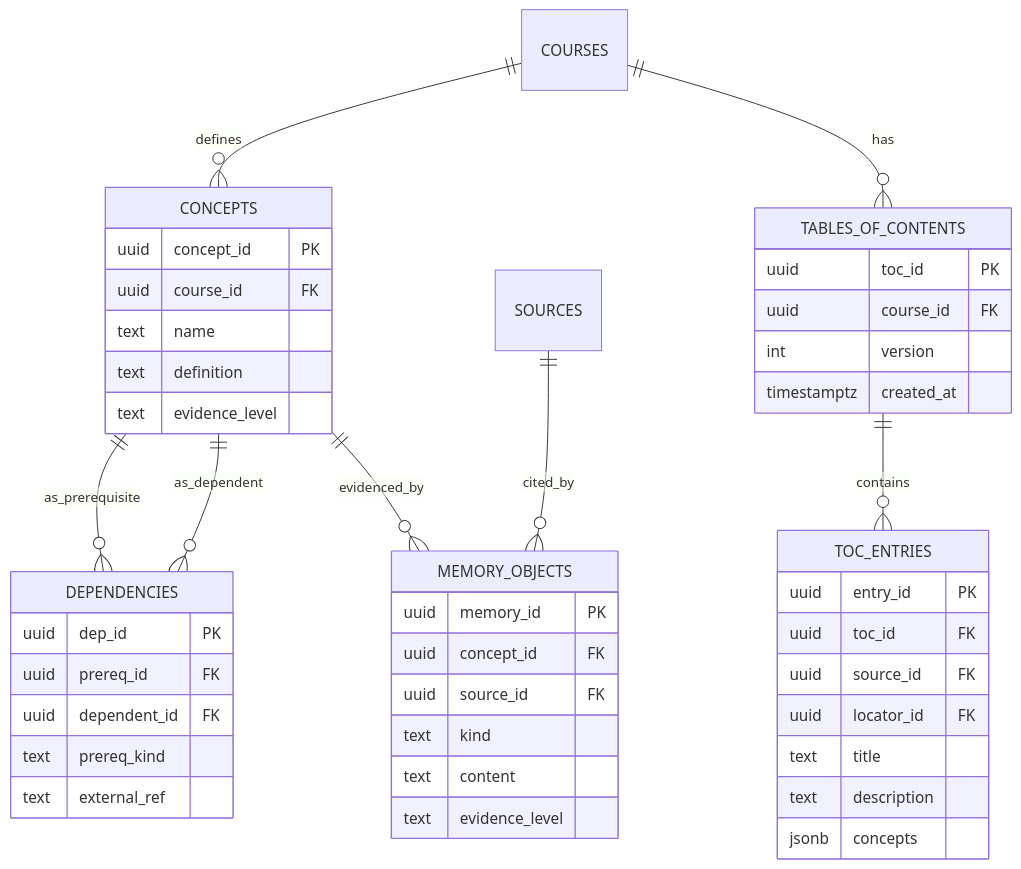
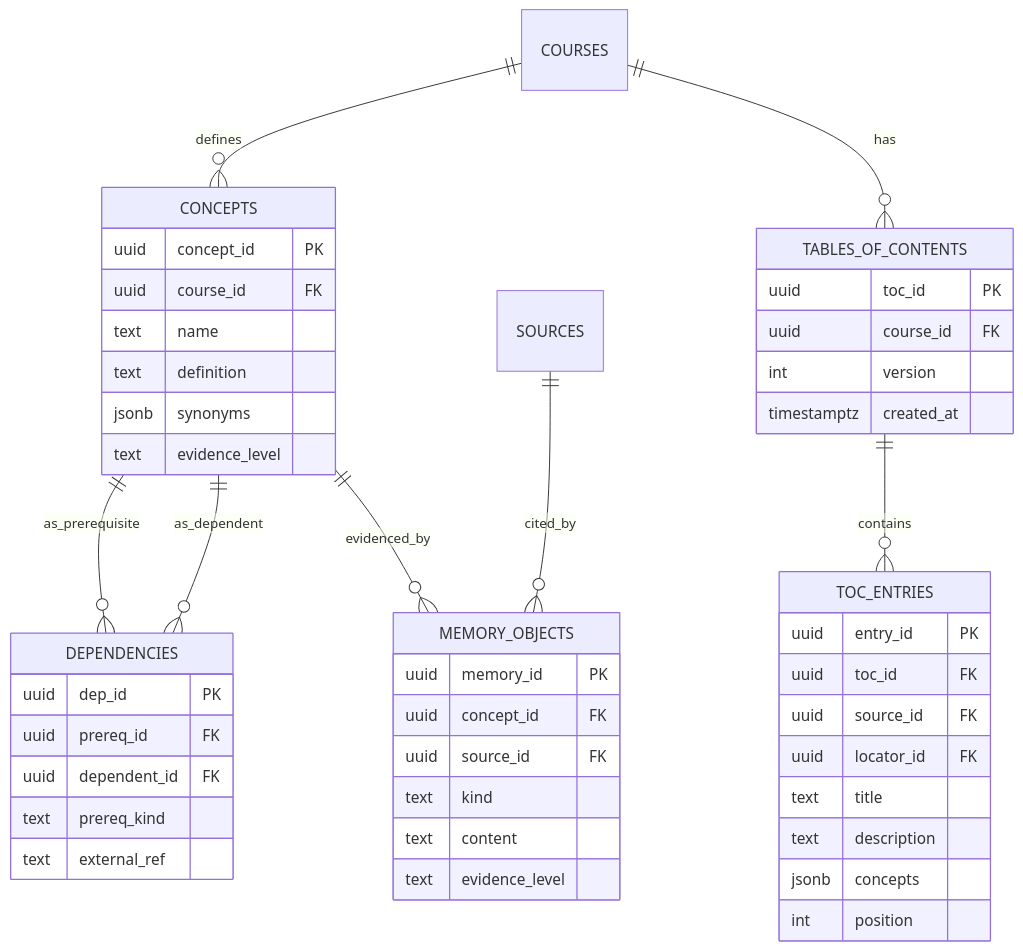
One commit to RileyK05/Stacks changed the tenth of 19 diagrams in system.md. Above: the diagram before and after it, drawn with Mermaid. The commit also changed other lines of this file and 15 other files, not shown here.

````diff
--- a/system.md
+++ b/system.md
@@ -308,48 +323,50 @@
 ```mermaid
 erDiagram
     COURSES ||--o{ CONCEPTS : defines
     CONCEPTS ||--o{ DEPENDENCIES : as_prerequisite
     CONCEPTS ||--o{ DEPENDENCIES : as_dependent
     CONCEPTS ||--o{ MEMORY_OBJECTS : evidenced_by
     SOURCES ||--o{ MEMORY_OBJECTS : cited_by
     COURSES ||--o{ TABLES_OF_CONTENTS : has
     TABLES_OF_CONTENTS ||--o{ TOC_ENTRIES : contains
 
     CONCEPTS {
         uuid concept_id PK
         uuid course_id FK
         text name
         text definition
+        jsonb synonyms
         text evidence_level
     }
     DEPENDENCIES {
         uuid dep_id PK
         uuid prereq_id FK
         uuid dependent_id FK
         text prereq_kind
         text external_ref
     }
     MEMORY_OBJECTS {
         uuid memory_id PK
         uuid concept_id FK
         uuid source_id FK
         text kind
         text content
         text evidence_level
     }
     TABLES_OF_CONTENTS {
         uuid toc_id PK
         uuid course_id FK
         int version
         timestamptz created_at
     }
     TOC_ENTRIES {
         uuid entry_id PK
         uuid toc_id FK
         uuid source_id FK
         uuid locator_id FK
         text title
         text description
         jsonb concepts
+        int position
     }
 ```
````
